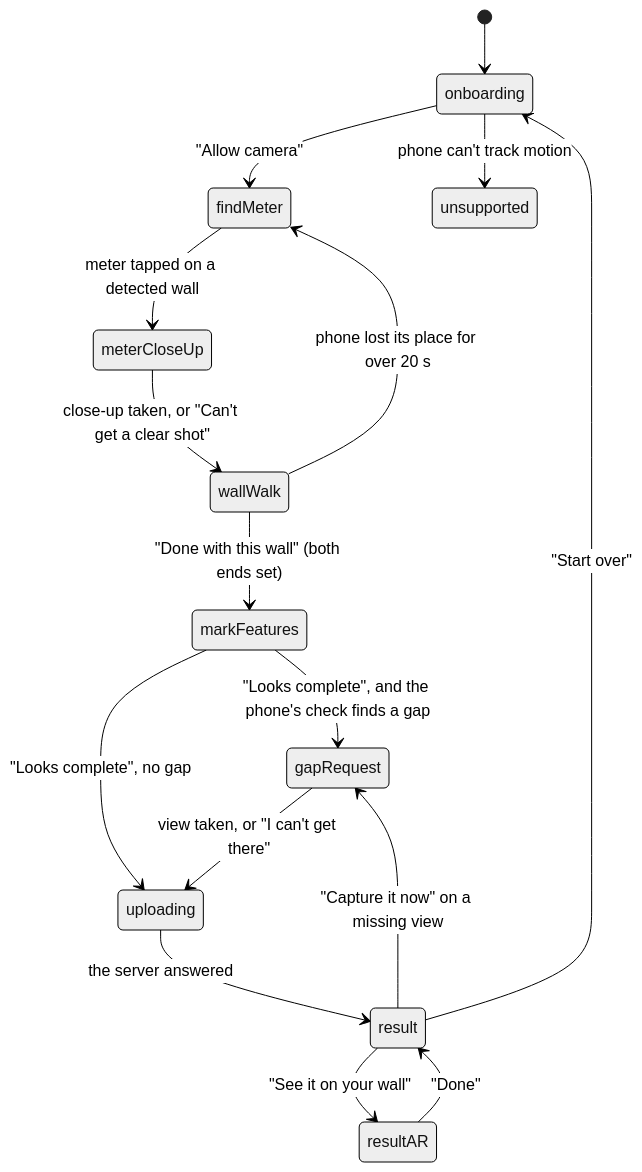
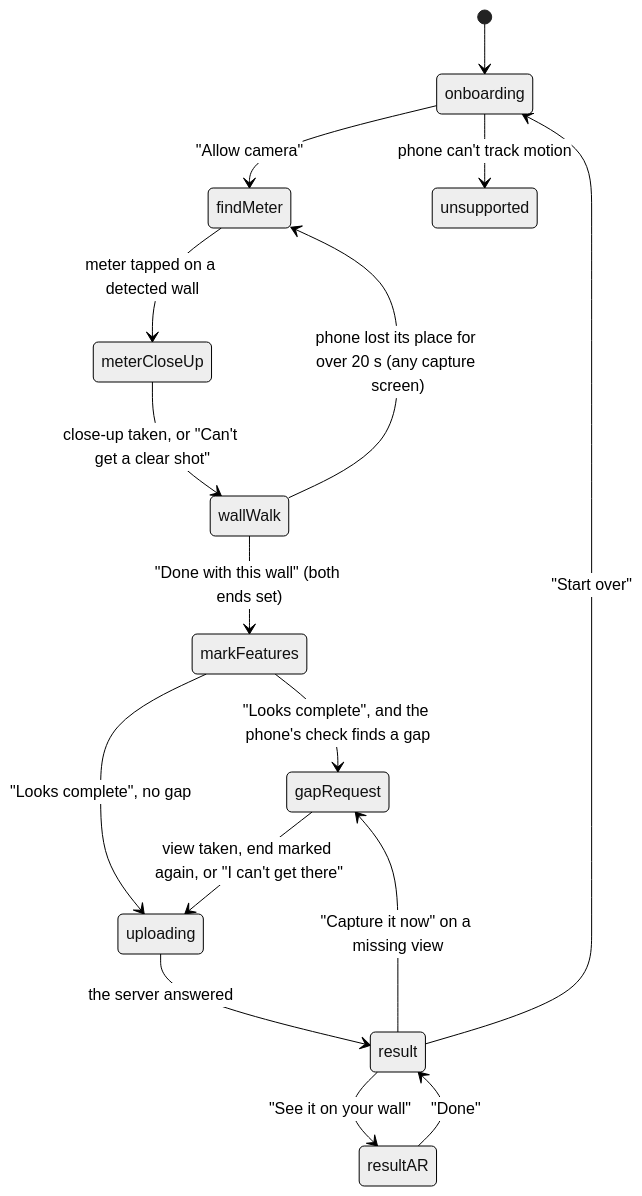
The diagram in verification/product/foundations/flow.md (SamGu-NRX/BaseScanner), drawn with Mermaid (neutral theme) before and after one commit. The commit also changed other lines of this file and 15 other files, not shown here.

````diff
--- a/verification/product/foundations/flow.md
+++ b/verification/product/foundations/flow.md
@@ -28,18 +28,18 @@
 ```mermaid
 stateDiagram-v2
     [*] --> onboarding
     onboarding --> findMeter : "Allow camera"
     onboarding --> unsupported : phone can't track motion
     findMeter --> meterCloseUp : meter tapped on a detected wall
     meterCloseUp --> wallWalk : close-up taken, or "Can't get a clear shot"
     wallWalk --> markFeatures : "Done with this wall" (both ends set)
     markFeatures --> gapRequest : "Looks complete", and the phone's check finds a gap
     markFeatures --> uploading : "Looks complete", no gap
-    gapRequest --> uploading : view taken, or "I can't get there"
+    gapRequest --> uploading : view taken, end marked again, or "I can't get there"
     uploading --> result : the server answered
     result --> gapRequest : "Capture it now" on a missing view
     result --> resultAR : "See it on your wall"
     resultAR --> result : "Done"
     result --> onboarding : "Start over"
-    wallWalk --> findMeter : phone lost its place for over 20 s
+    wallWalk --> findMeter : phone lost its place for over 20 s (any capture screen)
 ```
````
